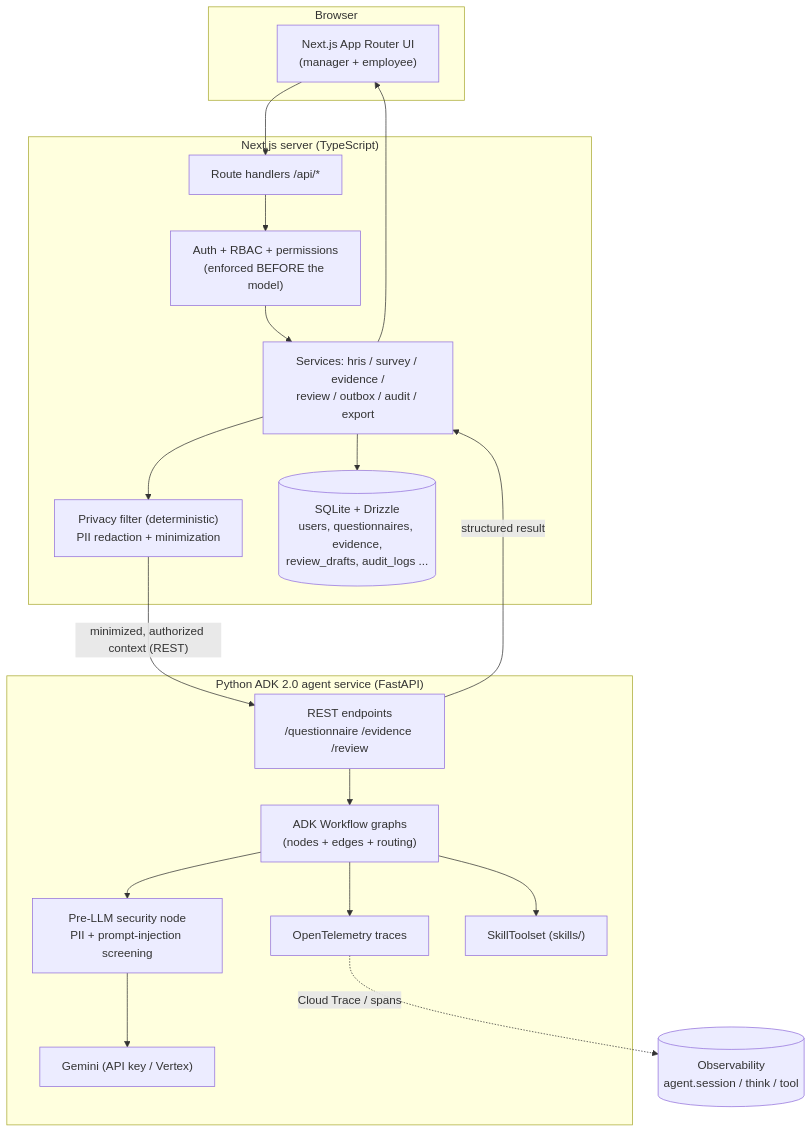
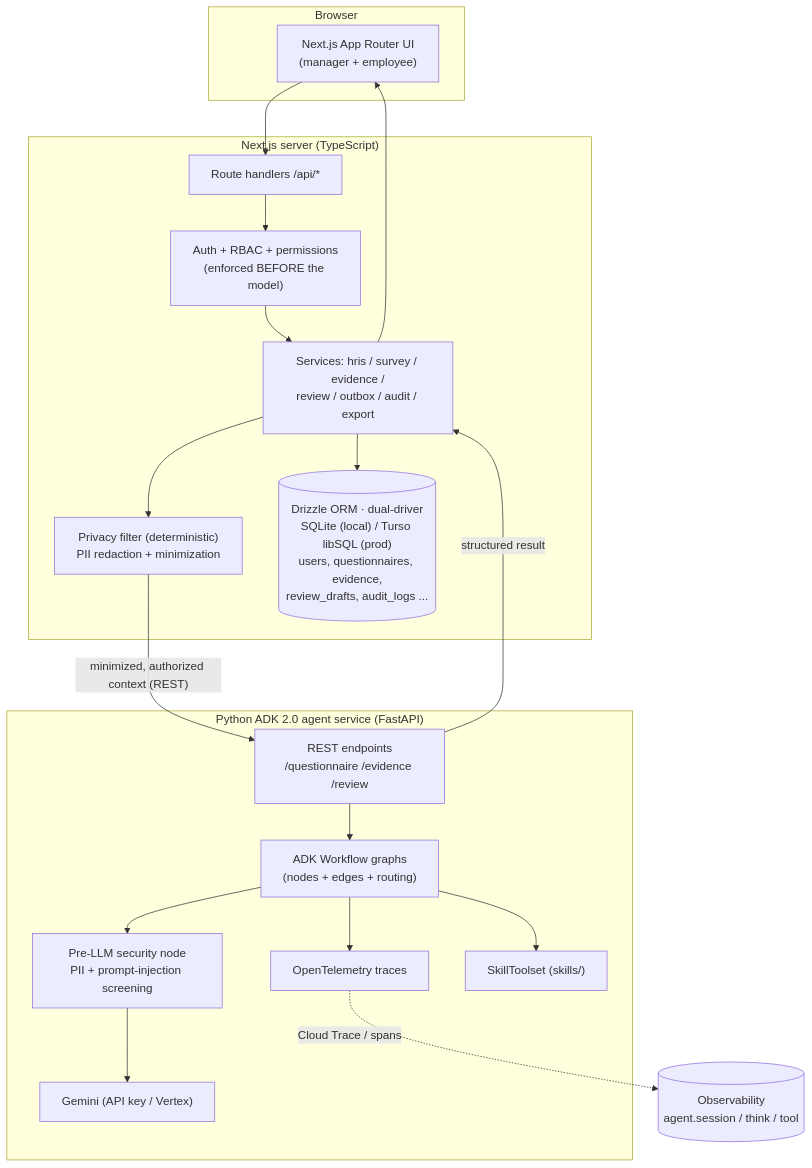
Before and after one commit to mkiselyow/ReviewOps-Agent: the first of 6 diagrams in docs/ARCHITECTURE.md, drawn with Mermaid. The commit also changed other lines of this file and 1 other file, not shown here.

First line of the commit message:
Docs: roadmap connector signals + deployment topology diagram

````diff
--- a/docs/ARCHITECTURE.md
+++ b/docs/ARCHITECTURE.md
@@ -23,32 +23,32 @@
 ```mermaid
 flowchart TB
   subgraph Client["Browser"]
     UI["Next.js App Router UI<br/>(manager + employee)"]
   end
 
   subgraph Web["Next.js server (TypeScript)"]
     API["Route handlers /api/*"]
     AUTH["Auth + RBAC + permissions<br/>(enforced BEFORE the model)"]
     SVC["Services: hris / survey / evidence /<br/>review / outbox / audit / export"]
     PRIV["Privacy filter (deterministic)<br/>PII redaction + minimization"]
-    DB[("SQLite + Drizzle<br/>users, questionnaires, evidence,<br/>review_drafts, audit_logs ...")]
+    DB[("Drizzle ORM · dual-driver<br/>SQLite (local) / Turso libSQL (prod)<br/>users, questionnaires, evidence,<br/>review_drafts, audit_logs ...")]
   end
 
   subgraph Agent["Python ADK 2.0 agent service (FastAPI)"]
     REST["REST endpoints<br/>/questionnaire /evidence /review"]
     WF["ADK Workflow graphs<br/>(nodes + edges + routing)"]
     SEC["Pre-LLM security node<br/>PII + prompt-injection screening"]
     GEM["Gemini (API key / Vertex)"]
     OTEL["OpenTelemetry traces"]
     SKILL["SkillToolset (skills/)"]
   end
 
   UI --> API --> AUTH --> SVC --> PRIV
   PRIV -- "minimized, authorized context (REST)" --> REST
   REST --> WF --> SEC --> GEM
   WF --> SKILL
   WF --> OTEL
   REST -- "structured result" --> SVC --> DB
   SVC --> UI
   OTEL -. "Cloud Trace / spans" .-> Obs[("Observability<br/>agent.session / think / tool")]
 ```
````
